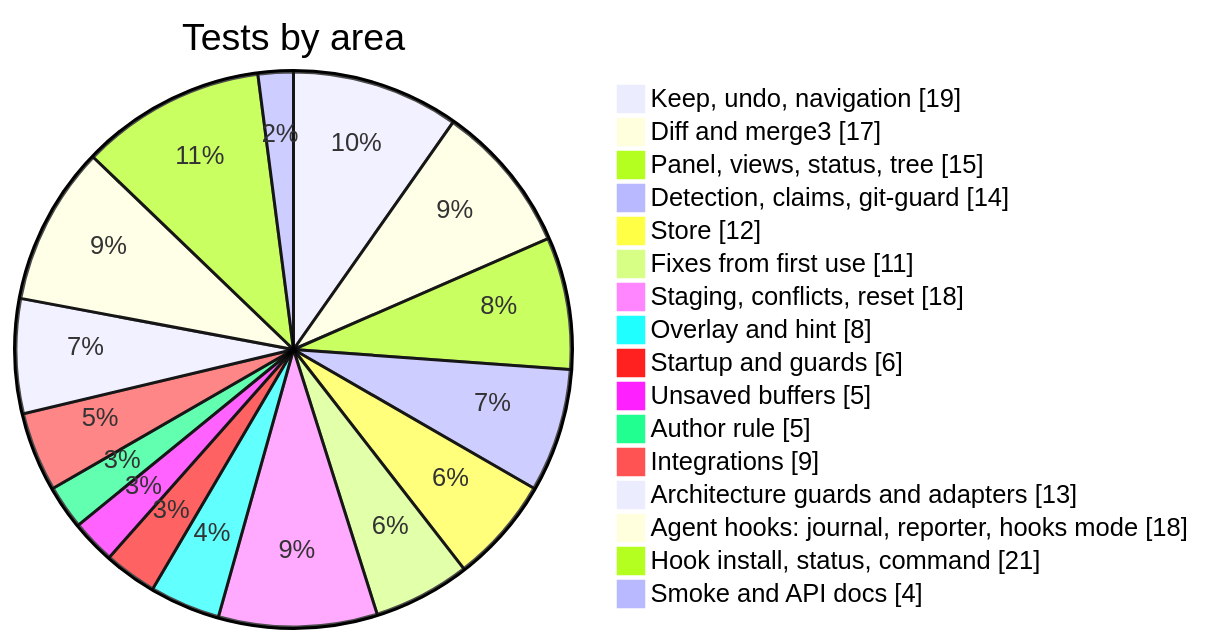
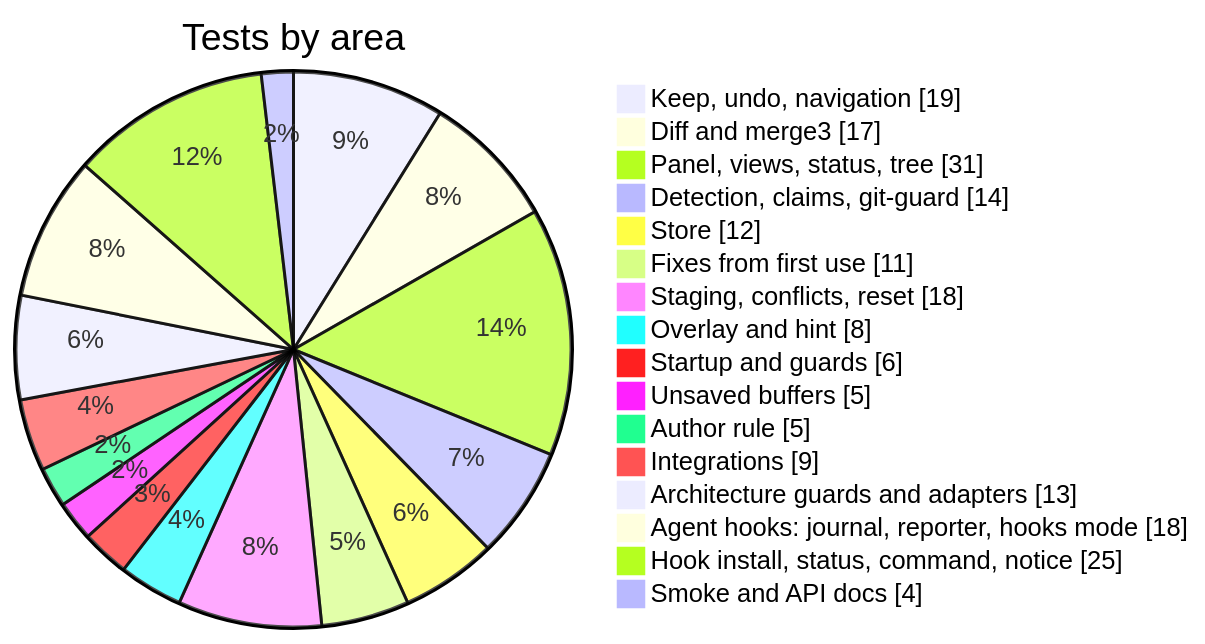
Before and after one commit to RayIci/agentdiff.nvim: the third of 3 diagrams in docs/testing.md, drawn with Mermaid. The commit also changed other lines of this file and 5 other files, not shown here.

Commit message:
docs: document the panel views, keys, options and highlight groups

````diff
--- a/docs/testing.md
+++ b/docs/testing.md
@@ -49,20 +49,20 @@
 ```mermaid
 pie showData
     title Tests by area
     "Keep, undo, navigation" : 19
     "Diff and merge3" : 17
-    "Panel, views, status, tree" : 15
+    "Panel, views, status, tree" : 31
     "Detection, claims, git-guard" : 14
     "Store" : 12
     "Fixes from first use" : 11
     "Staging, conflicts, reset" : 18
     "Overlay and hint" : 8
     "Startup and guards" : 6
     "Unsaved buffers" : 5
     "Author rule" : 5
     "Integrations" : 9
     "Architecture guards and adapters" : 13
     "Agent hooks: journal, reporter, hooks mode" : 18
-    "Hook install, status, command" : 21
+    "Hook install, status, command, notice" : 25
     "Smoke and API docs" : 4
 ```
````
